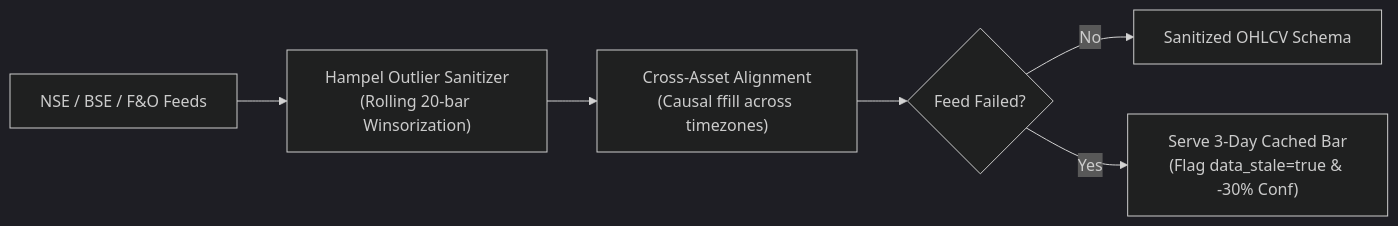
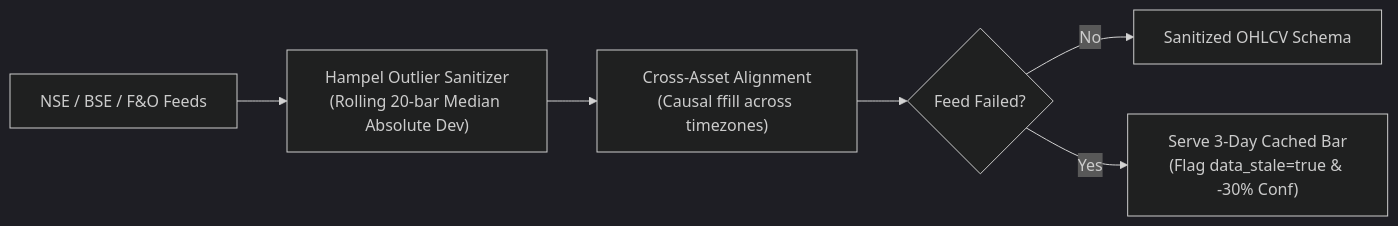
One commit to vama0259/Forecasting_Agent changed the second of 6 diagrams in docs/ARCHITECTURE_PITCH.md. Above: the diagram before and after it, drawn with Mermaid (dark theme). The commit also changed other lines of this file and 1 other file, not shown here.

````diff
--- a/docs/ARCHITECTURE_PITCH.md
+++ b/docs/ARCHITECTURE_PITCH.md
@@ -43,8 +43,8 @@
 ```mermaid
 flowchart LR
-    INPUT["NSE / BSE / F&O Feeds"] --> HAMPEL["Hampel Outlier Sanitizer<br/>(Rolling 20-bar Winsorization)"]
+    INPUT["NSE / BSE / F&O Feeds"] --> HAMPEL["Hampel Outlier Sanitizer<br/>(Rolling 20-bar Median Absolute Dev)"]
     HAMPEL --> ALIGN["Cross-Asset Alignment<br/>(Causal ffill across timezones)"]
     ALIGN --> FALLBACK{"Feed Failed?"}
     FALLBACK -- No --> CLEAN["Sanitized OHLCV Schema"]
     FALLBACK -- Yes --> CACHE["Serve 3-Day Cached Bar<br/>(Flag data_stale=true & -30% Conf)"]
 ```
````
